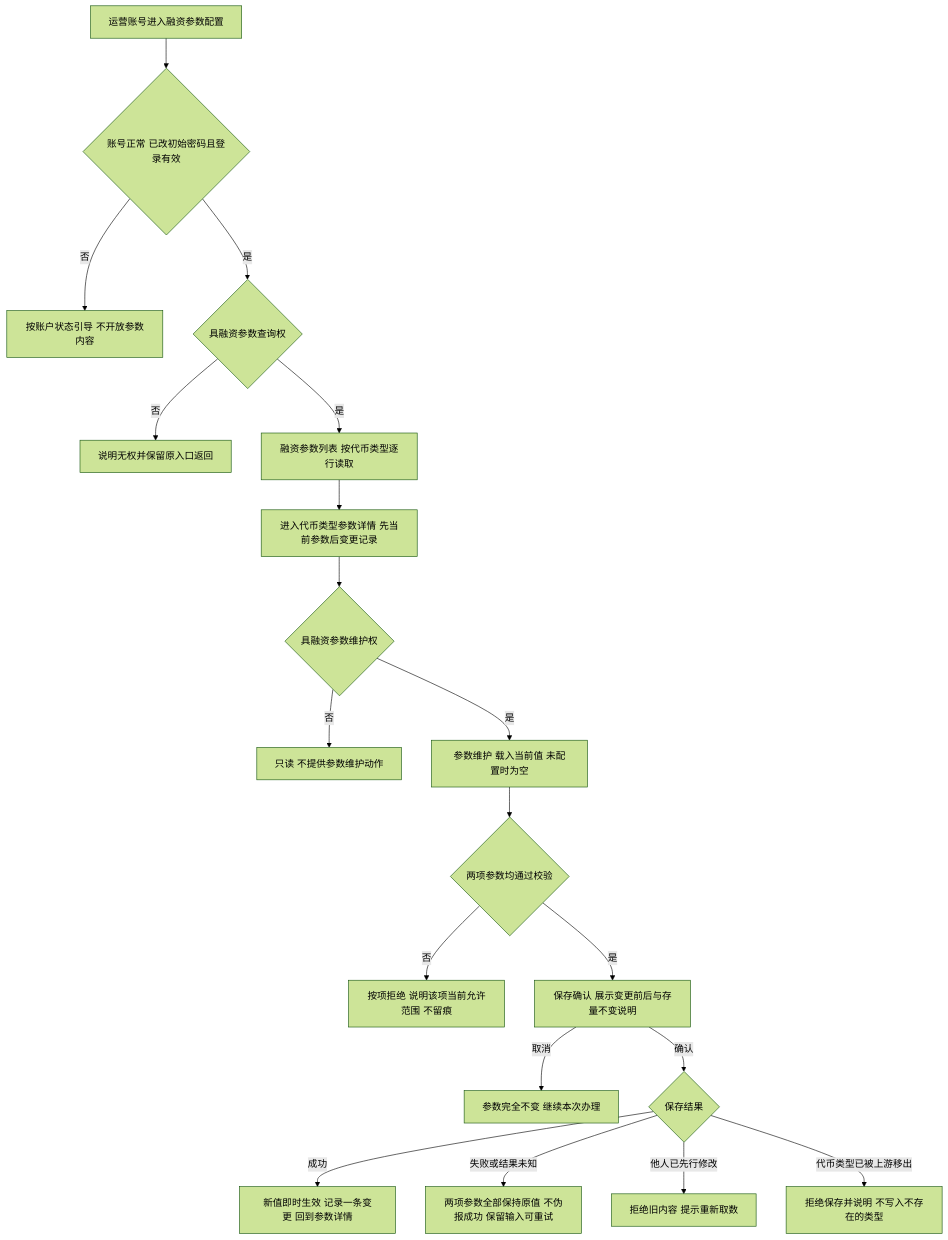
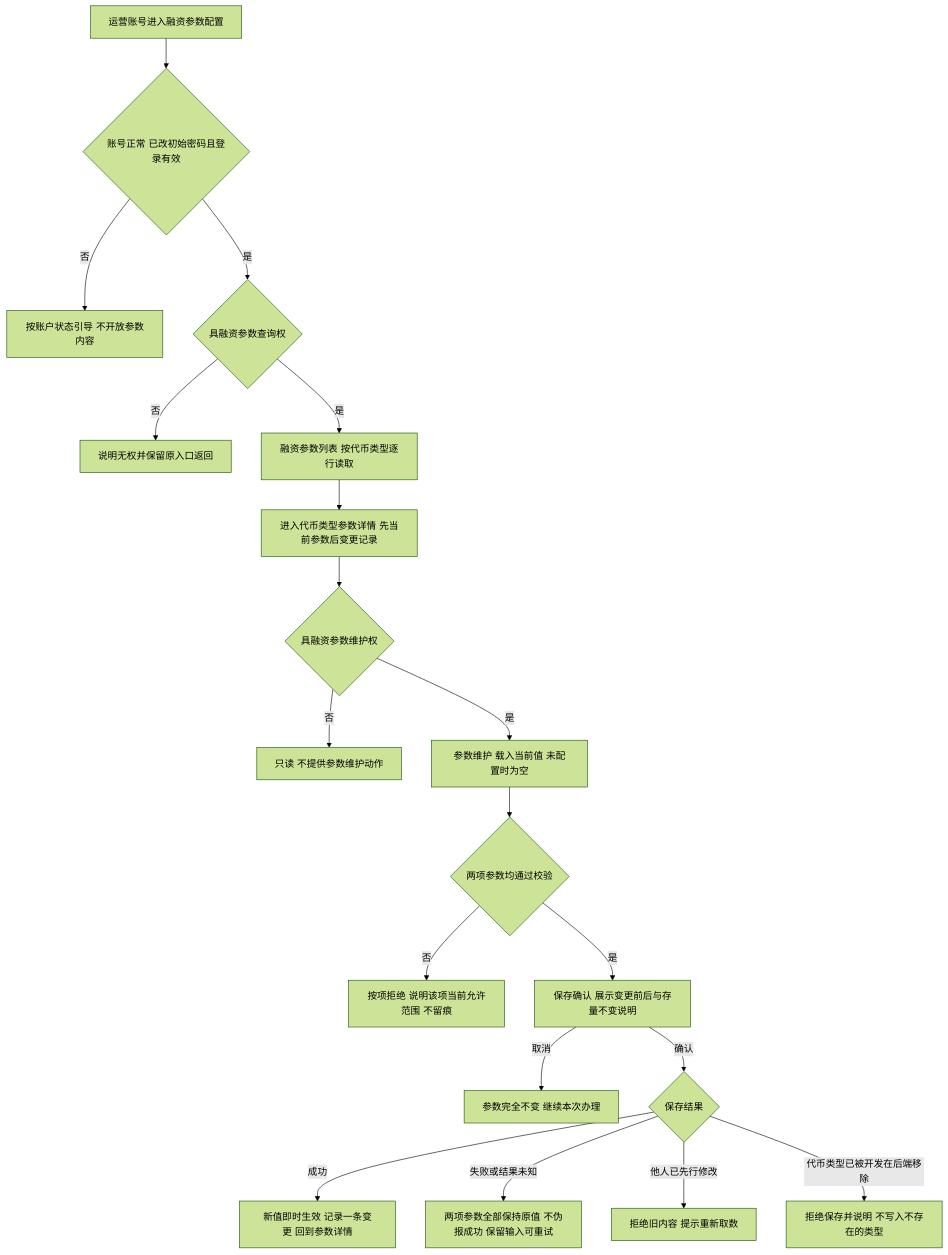
One commit to wxblockchain/Chain-Financing changed the first of 5 diagrams in lending-platform/PRD/运营端/02-运营端融资参数配置/02-运营端融资参数配置-流程图与状态机.md. Above: the diagram before and after it, drawn with Mermaid (forest theme). The commit also changed other lines of this file and 4 other files, not shown here.

````diff
--- a/lending-platform/PRD/运营端/02-运营端融资参数配置/02-运营端融资参数配置-流程图与状态机.md
+++ b/lending-platform/PRD/运营端/02-运营端融资参数配置/02-运营端融资参数配置-流程图与状态机.md
@@ -20,21 +20,21 @@
 ```mermaid
 flowchart TD
     A[运营账号进入融资参数配置] --> B{账号正常 已改初始密码且登录有效}
     B -->|否| C[按账户状态引导 不开放参数内容]
     B -->|是| D{具融资参数查询权}
     D -->|否| E[说明无权并保留原入口返回]
     D -->|是| F[融资参数列表 按代币类型逐行读取]
     F --> G[进入代币类型参数详情 先当前参数后变更记录]
     G --> H{具融资参数维护权}
     H -->|否| I[只读 不提供参数维护动作]
     H -->|是| J[参数维护 载入当前值 未配置时为空]
     J --> K{两项参数均通过校验}
     K -->|否| L[按项拒绝 说明该项当前允许范围 不留痕]
     K -->|是| M[保存确认 展示变更前后与存量不变说明]
     M -->|取消| N[参数完全不变 继续本次办理]
     M -->|确认| O{保存结果}
     O -->|成功| P[新值即时生效 记录一条变更 回到参数详情]
     O -->|失败或结果未知| Q[两项参数全部保持原值 不伪报成功 保留输入可重试]
     O -->|他人已先行修改| R[拒绝旧内容 提示重新取数]
-    O -->|代币类型已被上游移出| S[拒绝保存并说明 不写入不存在的类型]
+    O -->|代币类型已被开发在后端移除| S[拒绝保存并说明 不写入不存在的类型]
 ```
````
